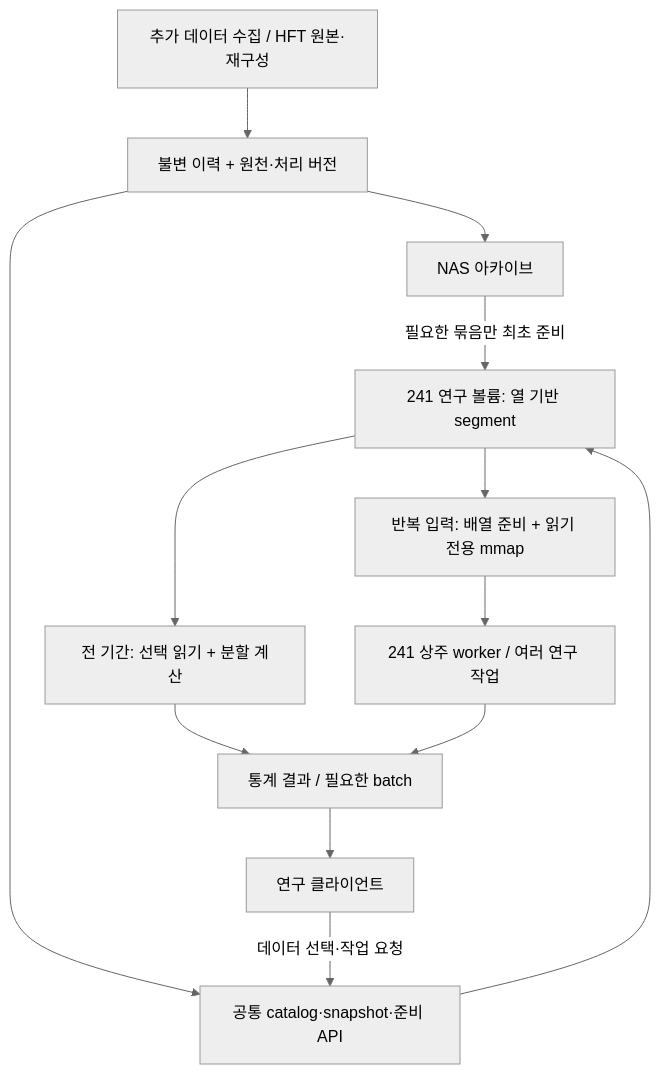
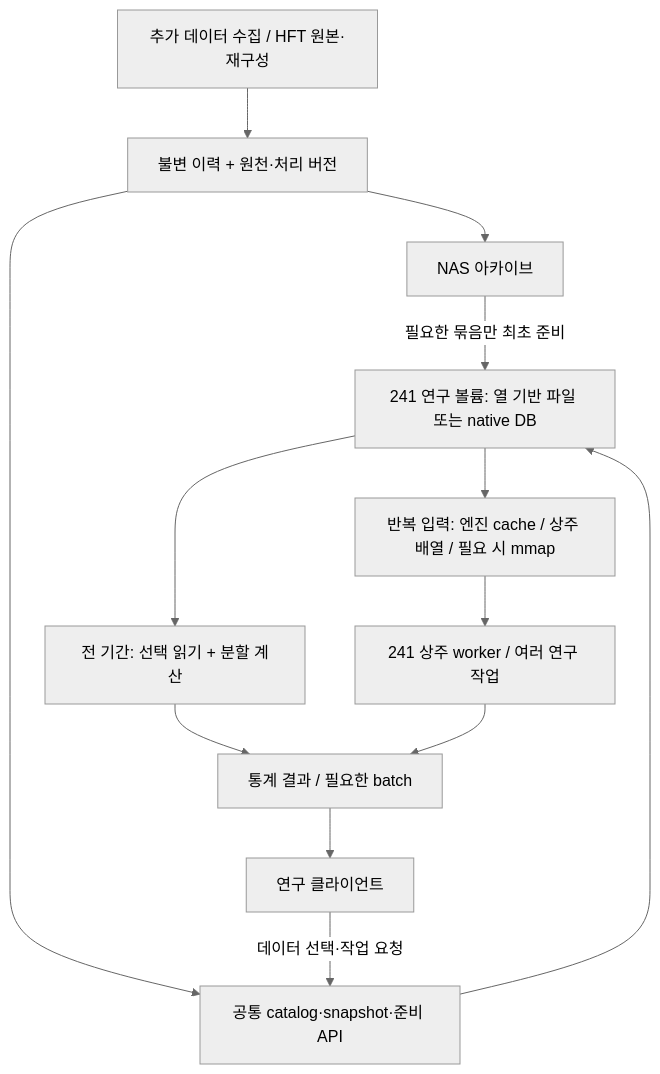
The diagram in data-service/research-data-core-review-2026-09-16.md (sicarius01/codex-docs), drawn with Mermaid (neutral theme) before and after one commit. The commit also changed other lines of this file, not shown here.

````diff
--- a/data-service/research-data-core-review-2026-09-16.md
+++ b/data-service/research-data-core-review-2026-09-16.md
@@ -242,15 +248,15 @@
 ```mermaid
 flowchart TB
     A["추가 데이터 수집 / HFT 원본·재구성"] --> B["불변 이력 + 원천·처리 버전"]
     B --> C["NAS 아카이브"]
     B --> D["공통 catalog·snapshot·준비 API"]
-    C -->|"필요한 묶음만 최초 준비"| E["241 연구 볼륨: 열 기반 segment"]
+    C -->|"필요한 묶음만 최초 준비"| E["241 연구 볼륨: 열 기반 파일 또는 native DB"]
     D --> E
     E --> F["전 기간: 선택 읽기 + 분할 계산"]
-    E --> G["반복 입력: 배열 준비 + 읽기 전용 mmap"]
+    E --> G["반복 입력: 엔진 cache / 상주 배열 / 필요 시 mmap"]
     G --> H["241 상주 worker / 여러 연구 작업"]
     F --> I["통계 결과 / 필요한 batch"]
     H --> I
     J["연구 클라이언트"] -->|"데이터 선택·작업 요청"| D
     I --> J
 ```
````
